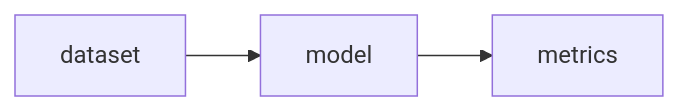
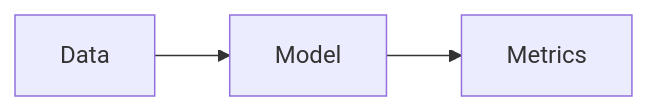
The third of 3 diagrams in slides.md (JGalego/DependableAI), drawn with Mermaid before and after one commit. The commit also changed other lines of this file and 20 other files, not shown here.

````diff
--- a/slides.md
+++ b/slides.md
@@ -827,6 +1381,6 @@
 ```mermaid
 flowchart LR
 
-A[dataset] --> B[model]
-B --> C[metrics]
+Data --> Model
+Model --> Metrics
 ```
````
